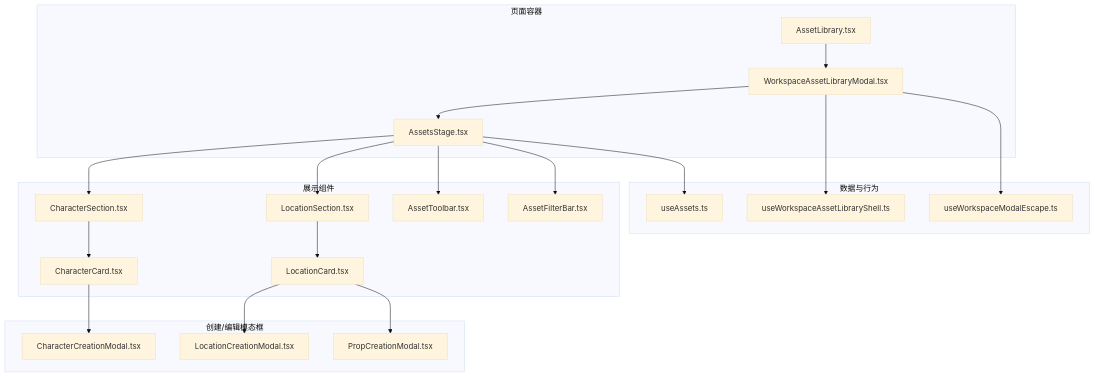
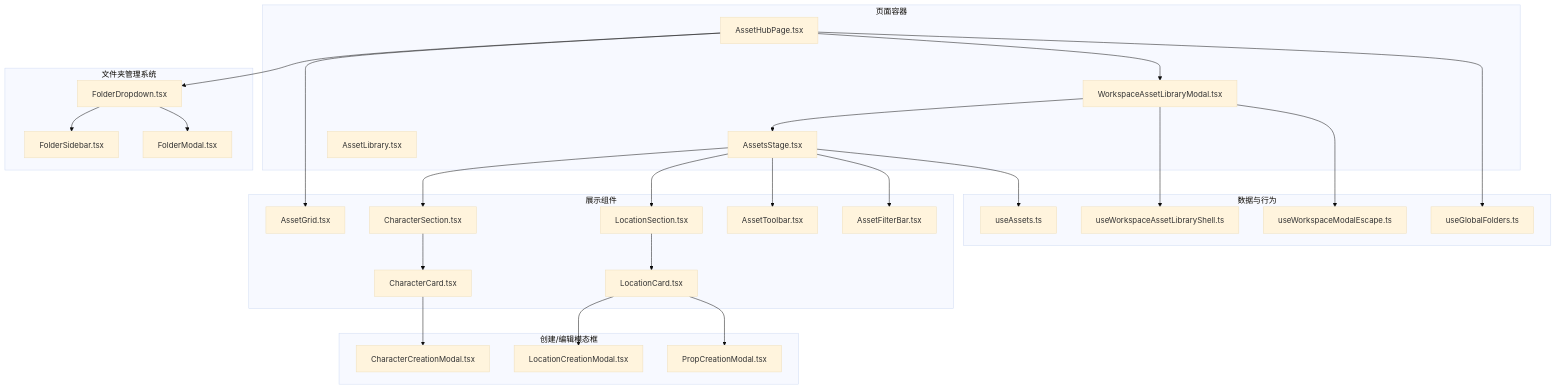
One commit to lyl2021/waoowaoo changed the first of 4 diagrams in .qoder/repowiki/zh/content/前端组件架构/工作区组件/资产管理组件.md. Above: the diagram before and after it, drawn with Mermaid (base theme). The commit also changed other lines of this file and 18 other files, not shown here.

````diff
--- a/.qoder/repowiki/zh/content/前端组件架构/工作区组件/资产管理组件.md
+++ b/.qoder/repowiki/zh/content/前端组件架构/工作区组件/资产管理组件.md
@@ -56,40 +76,53 @@
 ```mermaid
 graph TB
 subgraph "页面容器"
 AS["AssetsStage.tsx"]
 WALM["WorkspaceAssetLibraryModal.tsx"]
 AL["AssetLibrary.tsx"]
+AH["AssetHubPage.tsx"]
 end
 subgraph "展示组件"
 CS["CharacterSection.tsx"]
 LS["LocationSection.tsx"]
 CC["CharacterCard.tsx"]
 LC["LocationCard.tsx"]
 AT["AssetToolbar.tsx"]
 AF["AssetFilterBar.tsx"]
+AG["AssetGrid.tsx"]
+end
+subgraph "文件夹管理系统"
+FD["FolderDropdown.tsx"]
+FS["FolderSidebar.tsx"]
+FM["FolderModal.tsx"]
 end
 subgraph "创建/编辑模态框"
 CCM["CharacterCreationModal.tsx"]
 LCM["LocationCreationModal.tsx"]
 PCM["PropCreationModal.tsx"]
 end
 subgraph "数据与行为"
 UA["useAssets.ts"]
 UWS["useWorkspaceAssetLibraryShell.ts"]
 UWE["useWorkspaceModalEscape.ts"]
+UGF["useGlobalFolders.ts"]
 end
-AL --> WALM
+AH --> FD
+AH --> AG
+FD --> FS
+FD --> FM
+AH --> WALM
 WALM --> AS
 AS --> CS
 AS --> LS
 AS --> AT
 AS --> AF
 CS --> CC
 LS --> LC
 CC --> CCM
 LC --> LCM
 LC --> PCM
 AS --> UA
 WALM --> UWS
 WALM --> UWE
+AH --> UGF
 ```
````
